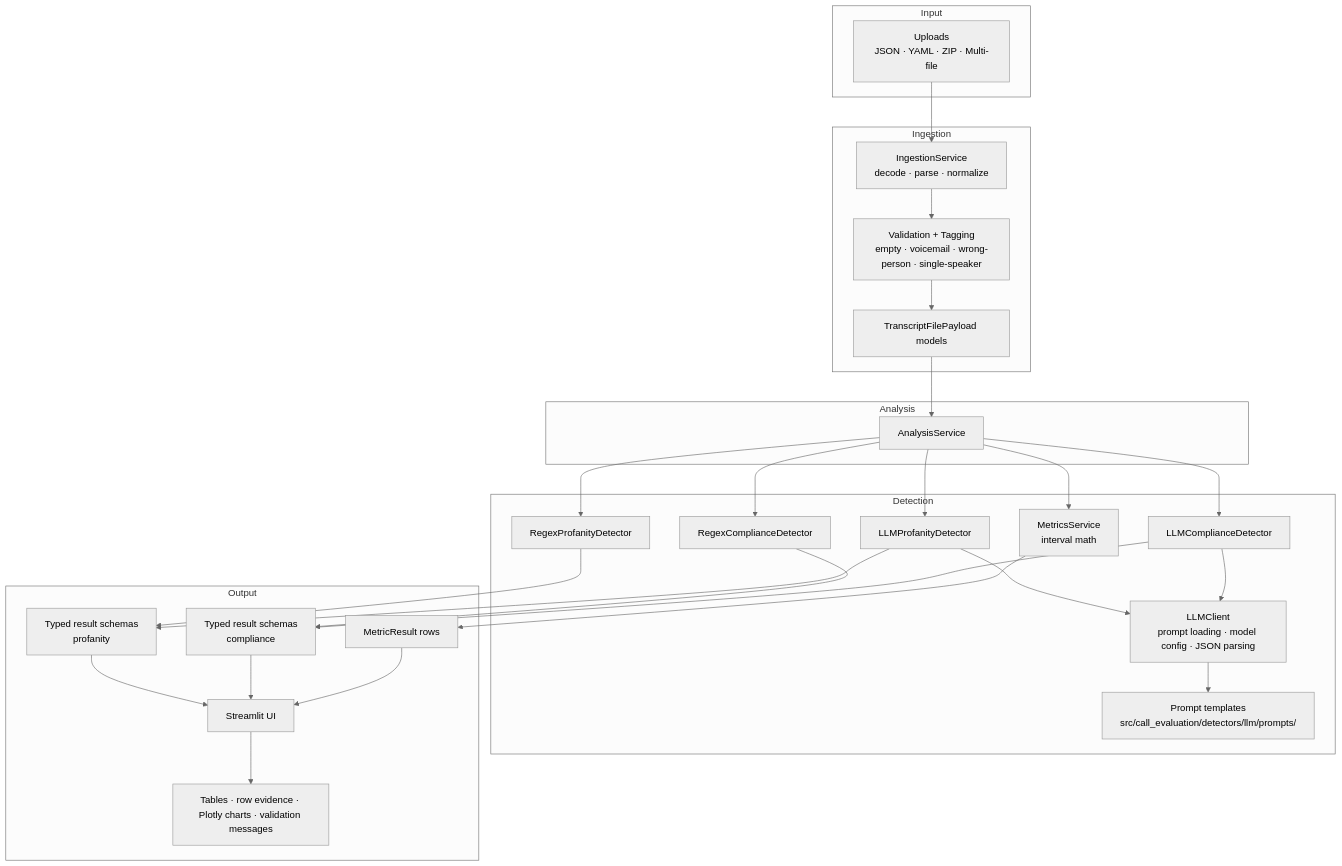
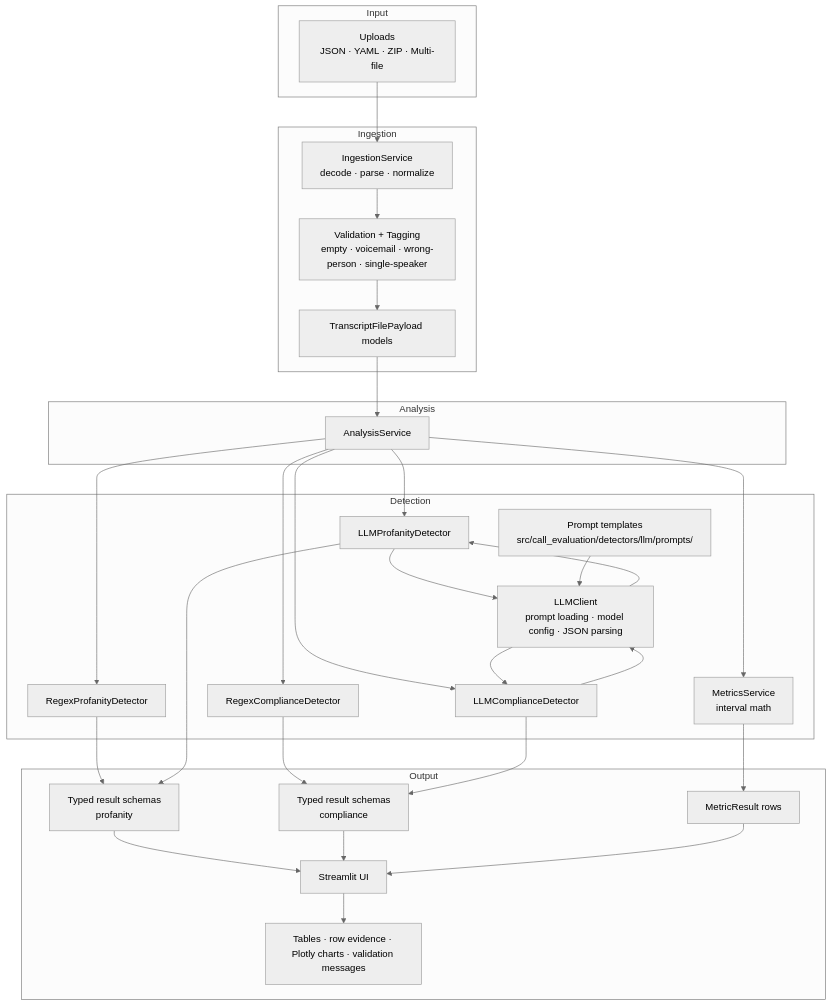
The diagram in docs/architecture.md (VedanshPaliwal88/call-evaluation-engine), drawn with Mermaid (neutral theme) before and after one commit.

Commit message:
chore: fix architecture diagram edge directions
- P --> L (prompts feed into LLMClient, not the other way)
- L --> F2 and L --> G2 (LLMClient drives the LLM detectors)

````diff
--- a/docs/architecture.md
+++ b/docs/architecture.md
@@ -34,56 +34,58 @@
 ```mermaid
 graph TD
     subgraph Input["Input"]
         A["Uploads<br/>JSON · YAML · ZIP · Multi-file"]
     end
 
     subgraph Ingestion["Ingestion"]
         B["IngestionService<br/>decode · parse · normalize"]
         C["Validation + Tagging<br/>empty · voicemail · wrong-person · single-speaker"]
         D["TranscriptFilePayload models"]
     end
 
     subgraph Analysis["Analysis"]
         E["AnalysisService"]
     end
 
     subgraph Detection["Detection"]
         F1["RegexProfanityDetector"]
         F2["LLMProfanityDetector"]
         G1["RegexComplianceDetector"]
         G2["LLMComplianceDetector"]
         H["MetricsService<br/>interval math"]
         L["LLMClient<br/>prompt loading · model config · JSON parsing"]
         P["Prompt templates<br/>src/call_evaluation/detectors/llm/prompts/"]
     end
 
     subgraph Output["Output"]
         O1["Typed result schemas<br/>profanity"]
         O2["Typed result schemas<br/>compliance"]
         O3["MetricResult rows"]
         U["Streamlit UI"]
         V["Tables · row evidence · Plotly charts · validation messages"]
     end
 
     A --> B
     B --> C
     C --> D
     D --> E
     E --> F1
     E --> F2
     E --> G1
     E --> G2
     E --> H
     F2 --> L
     G2 --> L
-    L --> P
+    P --> L
+    L --> F2
+    L --> G2
     F1 --> O1
     F2 --> O1
     G1 --> O2
     G2 --> O2
     H --> O3
     O1 --> U
     O2 --> U
     O3 --> U
     U --> V
 ```
````
